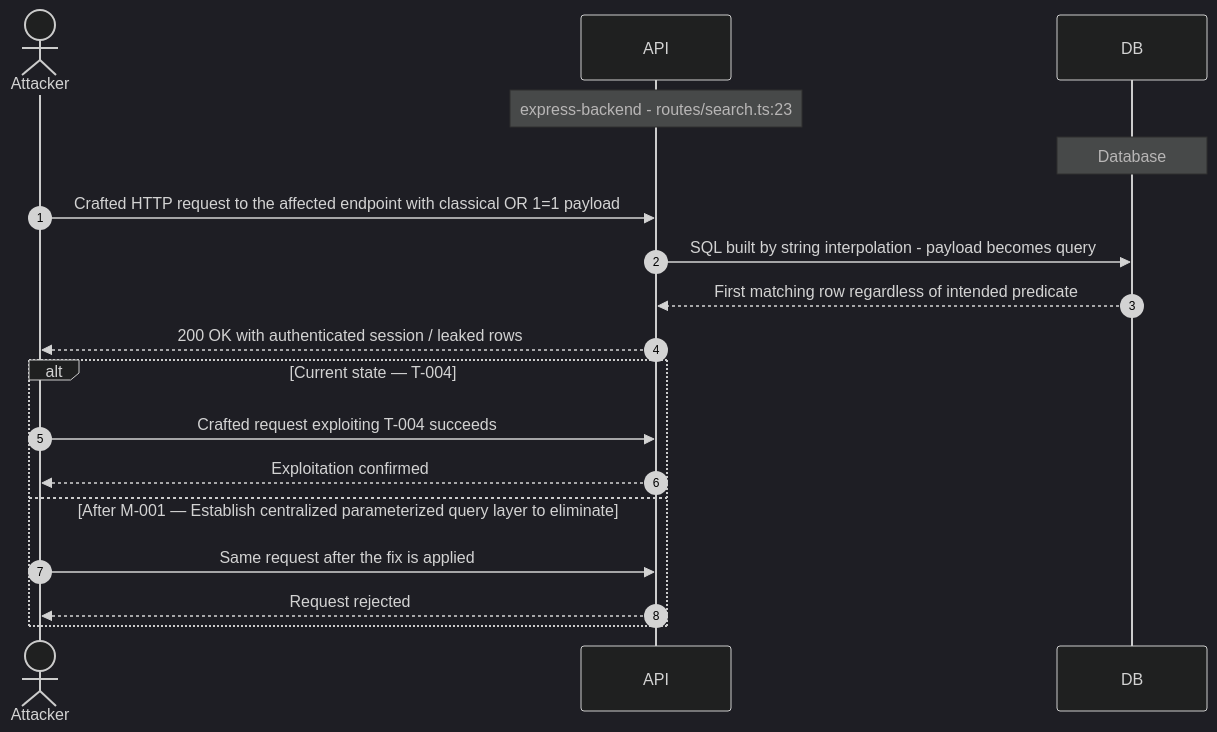
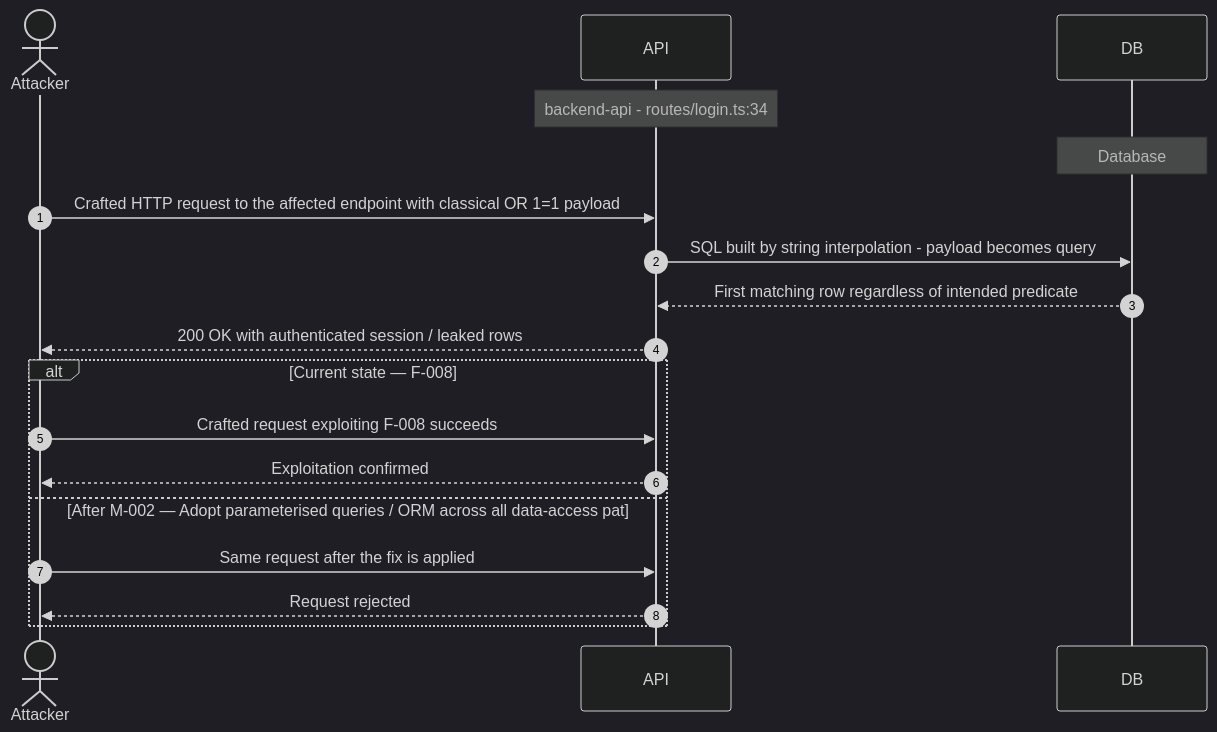
One commit to appsec-foundry/appsec-advisor changed diagram 11 of 27 in examples/threat-modeler/threat-model-juice-shop-standard.md. Above: the diagram before and after it, drawn with Mermaid (dark theme). The commit also changed other lines of this file and 3 other files, not shown here.

````diff
--- a/examples/threat-modeler/threat-model-juice-shop-standard.md
+++ b/examples/threat-modeler/threat-model-juice-shop-standard.md
@@ -622,20 +701,20 @@
 ```mermaid
 sequenceDiagram
     autonumber
     actor Attacker
     participant API
     participant DB
-    Note over API: express-backend - routes/search.ts:23
+    Note over API: backend-api - routes/login.ts:34
     Note over DB: Database
     Attacker->>API: Crafted HTTP request to the affected endpoint with classical OR 1=1 payload
     API->>DB: SQL built by string interpolation - payload becomes query
     DB-->>API: First matching row regardless of intended predicate
     API-->>Attacker: 200 OK with authenticated session / leaked rows
-    alt Current state — T-004
-        Attacker->>API: Crafted request exploiting T-004 succeeds
+    alt Current state — F-008
+        Attacker->>API: Crafted request exploiting F-008 succeeds
         API-->>Attacker: Exploitation confirmed
-    else After M-001 — Establish centralized parameterized query layer to eliminate
+    else After M-002 — Adopt parameterised queries / ORM across all data-access pat
         Attacker->>API: Same request after the fix is applied
         API-->>Attacker: Request rejected
     end
 ```
````
